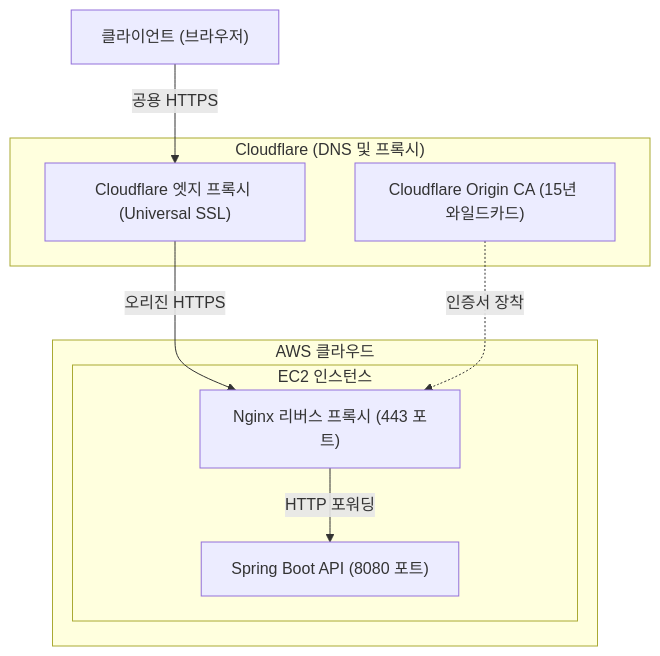
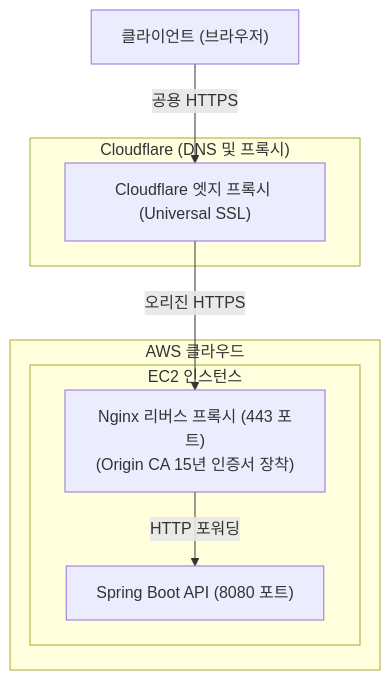
One commit to likelion-backend-25th/22-project-sns changed the second of 4 diagrams in guide/04.challenge.md. Above: the diagram before and after it, drawn with Mermaid.

````diff
--- a/guide/04.challenge.md
+++ b/guide/04.challenge.md
@@ -260,20 +260,18 @@
 ```mermaid
 flowchart TD
     subgraph CF["Cloudflare (DNS 및 프록시)"]
-        CF_CA["Cloudflare Origin CA (15년 와일드카드)"]
         CF_Edge["Cloudflare 엣지 프록시 (Universal SSL)"]
     end
 
     subgraph AWS["AWS 클라우드"]
         subgraph EC2["EC2 인스턴스"]
-            Nginx["Nginx 리버스 프록시 (443 포트)"]
+            Nginx["Nginx 리버스 프록시 (443 포트)<br/>(Origin CA 15년 인증서 장착)"]
             SpringBoot["Spring Boot API (8080 포트)"]
 
             Nginx -->|"HTTP 포워딩"| SpringBoot
         end
     end
 
     Client["클라이언트 (브라우저)"] -->|"공용 HTTPS"| CF_Edge
     CF_Edge -->|"오리진 HTTPS"| Nginx
-    CF_CA -.->|"인증서 장착"| Nginx
 ```
````
